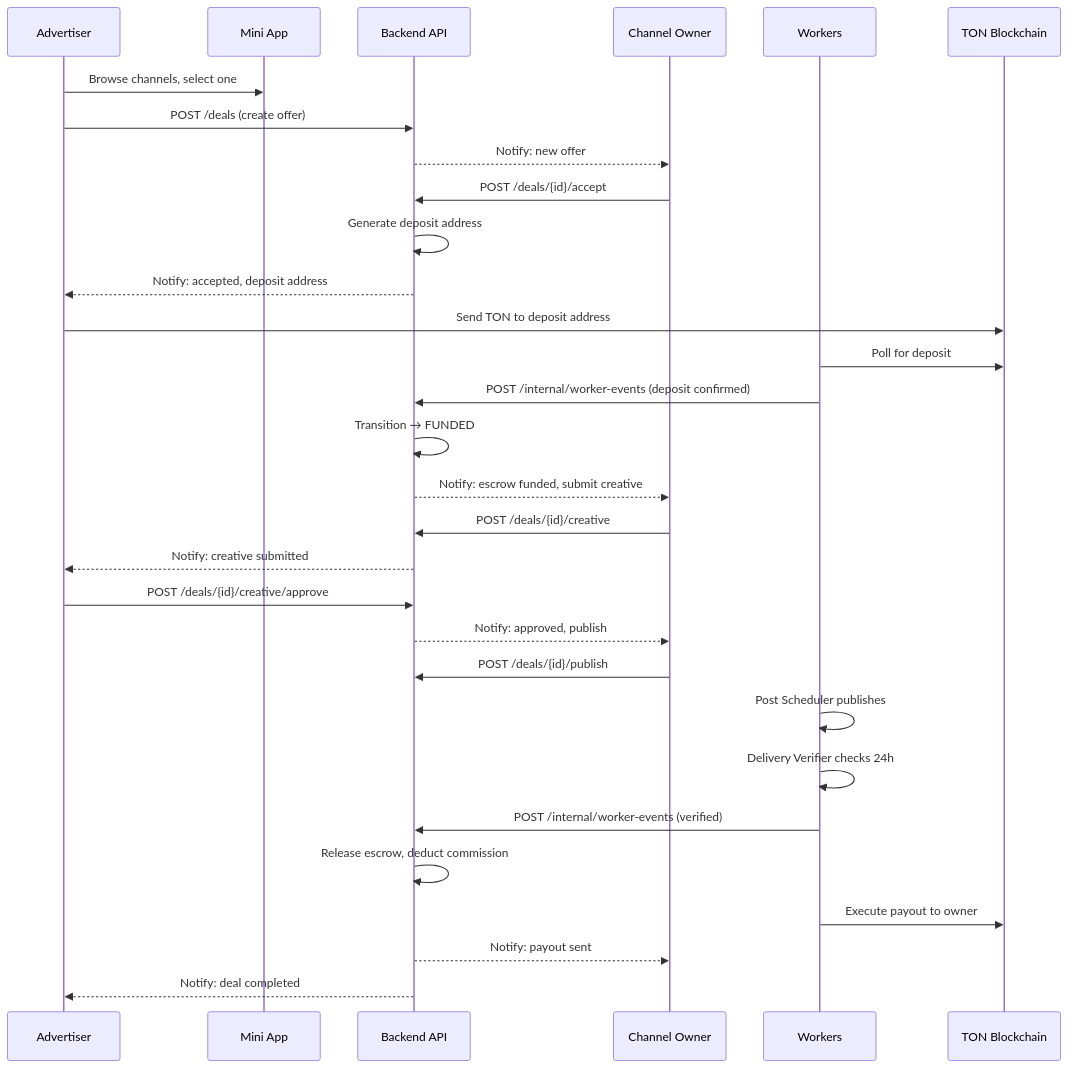
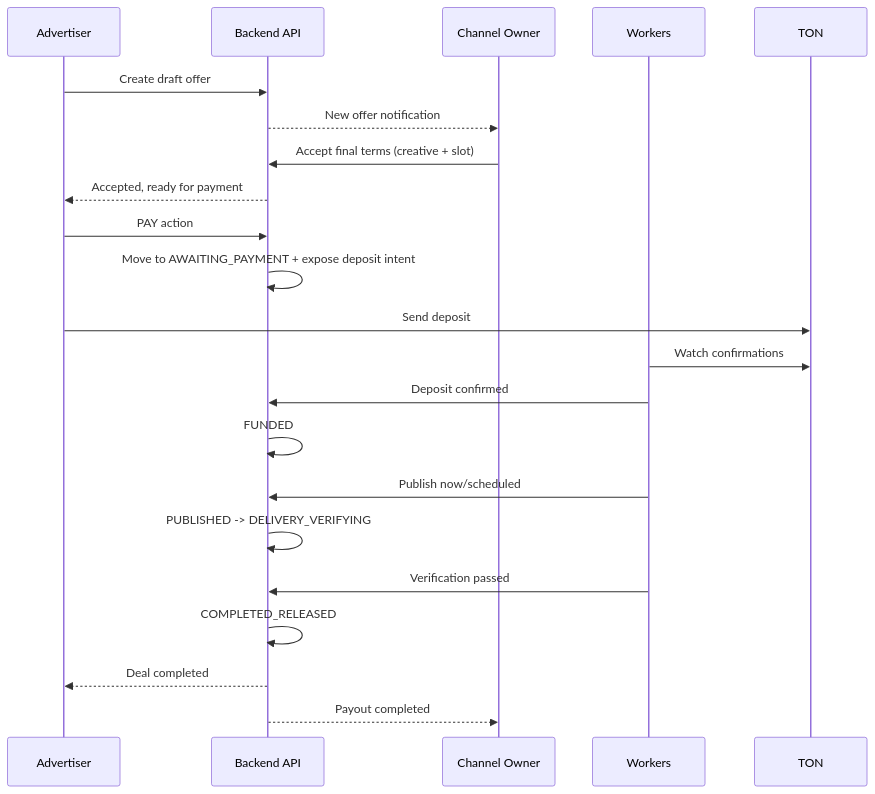
One commit to lonmstalker/advert-market changed the diagram in .memory-bank/03-feature-specs/02-deal-lifecycle.md. Above: the diagram before and after it, drawn with Mermaid. The commit also changed other lines of this file and 26 other files, not shown here.

Commit message:
Harden approve-pay flow and financial execution invariants

````diff
--- a/.memory-bank/03-feature-specs/02-deal-lifecycle.md
+++ b/.memory-bank/03-feature-specs/02-deal-lifecycle.md
@@ -9,33 +17,30 @@
 ```mermaid
 sequenceDiagram
     participant A as Advertiser
-    participant App as Mini App
     participant API as Backend API
     participant O as Channel Owner
     participant W as Workers
-    participant TON as TON Blockchain
+    participant TON as TON
 
-    A->>App: Browse channels, select one
-    A->>API: POST /deals (create offer)
-    API-->>O: Notify: new offer
-    O->>API: POST /deals/{id}/accept
-    API->>API: Generate deposit address
-    API-->>A: Notify: accepted, deposit address
-    A->>TON: Send TON to deposit address
-    W->>TON: Poll for deposit
-    W->>API: POST /internal/worker-events (deposit confirmed)
-    API->>API: Transition → FUNDED
-    API-->>O: Notify: escrow funded, submit creative
-    O->>API: POST /deals/{id}/creative
-    API-->>A: Notify: creative submitted
-    A->>API: POST /deals/{id}/creative/approve
-    API-->>O: Notify: approved, publish
-    O->>API: POST /deals/{id}/publish
-    W->>W: Post Scheduler publishes
-    W->>W: Delivery Verifier checks 24h
-    W->>API: POST /internal/worker-events (verified)
-    API->>API: Release escrow, deduct commission
-    W->>TON: Execute payout to owner
-    API-->>O: Notify: payout sent
-    API-->>A: Notify: deal completed
+    A->>API: Create draft offer
+    API-->>O: New offer notification
+
+    O->>API: Accept final terms (creative + slot)
+    API-->>A: Accepted, ready for payment
+
+    A->>API: PAY action
+    API->>API: Move to AWAITING_PAYMENT + expose deposit intent
+
+    A->>TON: Send deposit
+    W->>TON: Watch confirmations
+    W->>API: Deposit confirmed
+    API->>API: FUNDED
+
+    W->>API: Publish now/scheduled
+    API->>API: PUBLISHED -> DELIVERY_VERIFYING
+
+    W->>API: Verification passed
+    API->>API: COMPLETED_RELEASED
+    API-->>A: Deal completed
+    API-->>O: Payout completed
 ```
````
